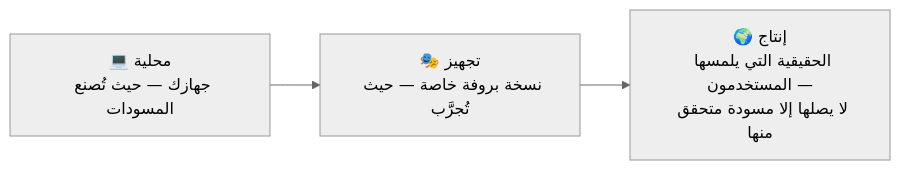
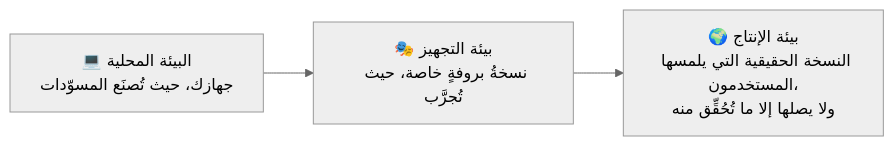
The fifth of 7 diagrams in modules/00-foundations/foundations.ar.md (Tamoura/system-design-for-vibe-coders), drawn with Mermaid (neutral theme) before and after one commit. The commit also changed other lines of this file and 1 other file, not shown here.

Commit message:
Rewrite Part 0 & Module 0 Arabic in natural flowing register

````diff
--- a/modules/00-foundations/foundations.ar.md
+++ b/modules/00-foundations/foundations.ar.md
@@ -187,5 +187,5 @@
 ```mermaid
 flowchart LR
-    L["💻 محلية<br/>جهازك — حيث تُصنع المسودات"] --> S["🎭 تجهيز<br/>نسخة بروفة خاصة — حيث تُجرَّب"]
-    S --> P["🌍 إنتاج<br/>الحقيقية التي يلمسها المستخدمون —<br/>لا يصلها إلا مسودة متحقق منها"]
+    L["💻 البيئة المحلية<br/>جهازك، حيث تُصنَع المسوّدات"] --> S["🎭 بيئة التجهيز<br/>نسخةُ بروفةٍ خاصة، حيث تُجرَّب"]
+    S --> P["🌍 بيئة الإنتاج<br/>النسخة الحقيقية التي يلمسها المستخدمون،<br/>ولا يصلها إلا ما تُحُقِّق منه"]
 ```
````
